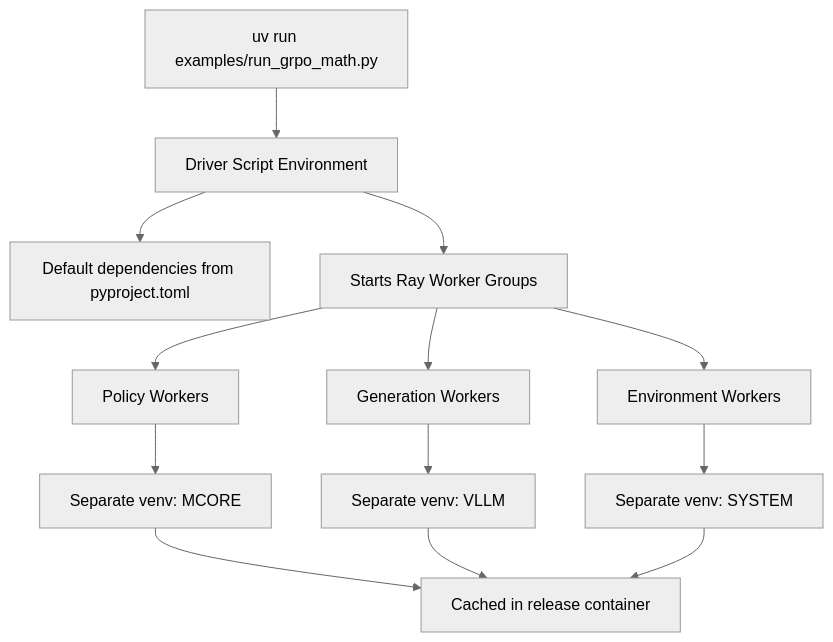
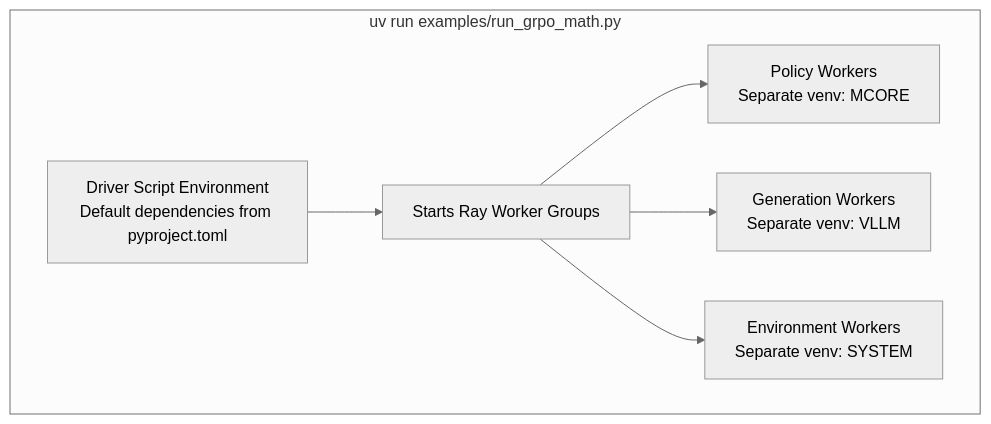
The first of 2 diagrams in docs/design-docs/dependency-manangement.md (NVIDIA-NeMo/RL), drawn with Mermaid (neutral theme) before and after one commit. The commit also changed other lines of this file, not shown here.

````diff
--- a/docs/design-docs/dependency-manangement.md
+++ b/docs/design-docs/dependency-manangement.md
@@ -70,15 +70,10 @@
 ```mermaid
 graph TD
-    A[uv run examples/run_grpo_math.py] --> B[Driver Script Environment]
-    B --> C[Default dependencies from pyproject.toml]
-    B --> D[Starts Ray Worker Groups]
-    D --> E[Policy Workers]
-    D --> F[Generation Workers]
-    D --> G[Environment Workers]
-    E --> H[Separate venv: MCORE]
-    F --> I[Separate venv: VLLM]
-    G --> J[Separate venv: SYSTEM]
-    H --> K[Cached in release container]
-    I --> K
-    J --> K
+    subgraph Container["uv run examples/run_grpo_math.py"]
+        A[Driver Script Environment<br/>Default dependencies from pyproject.toml]
+        A --> B[Starts Ray Worker Groups]
+        B --> C[Policy Workers<br/>Separate venv: MCORE]
+        B --> D[Generation Workers<br/>Separate venv: VLLM]
+        B --> E[Environment Workers<br/>Separate venv: SYSTEM]
+    end
 ```
````
